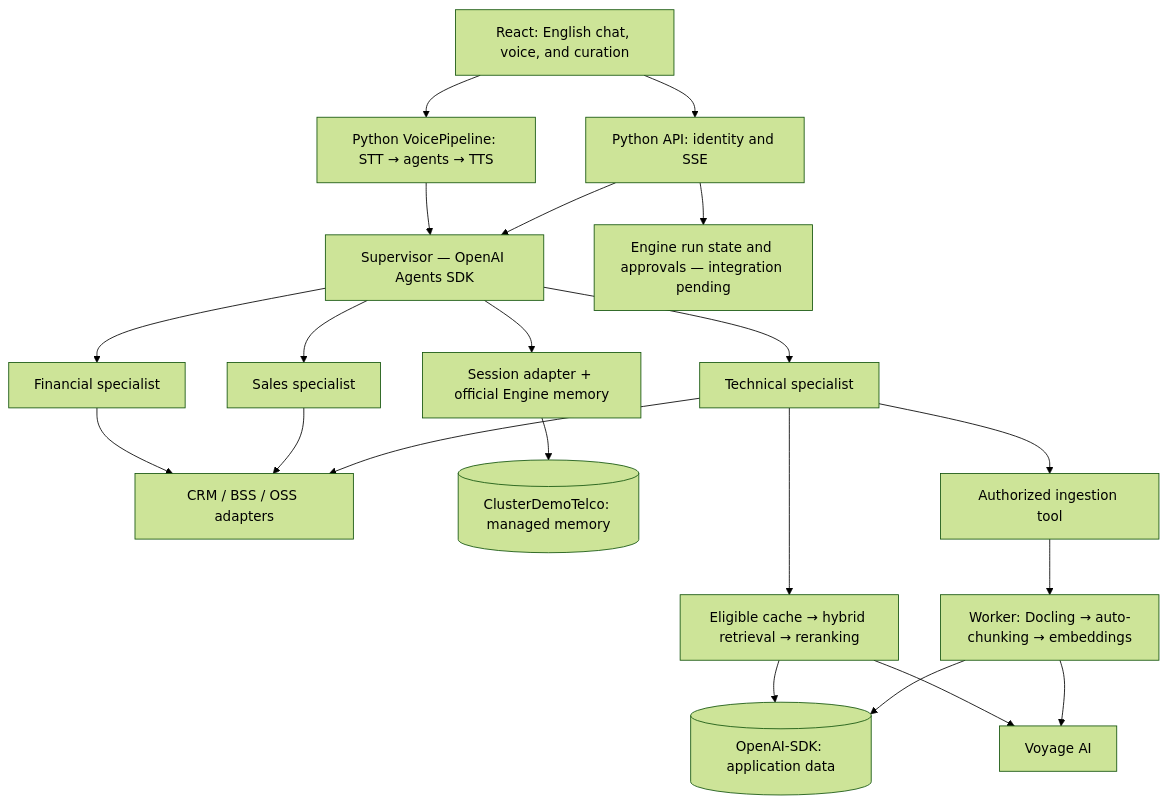
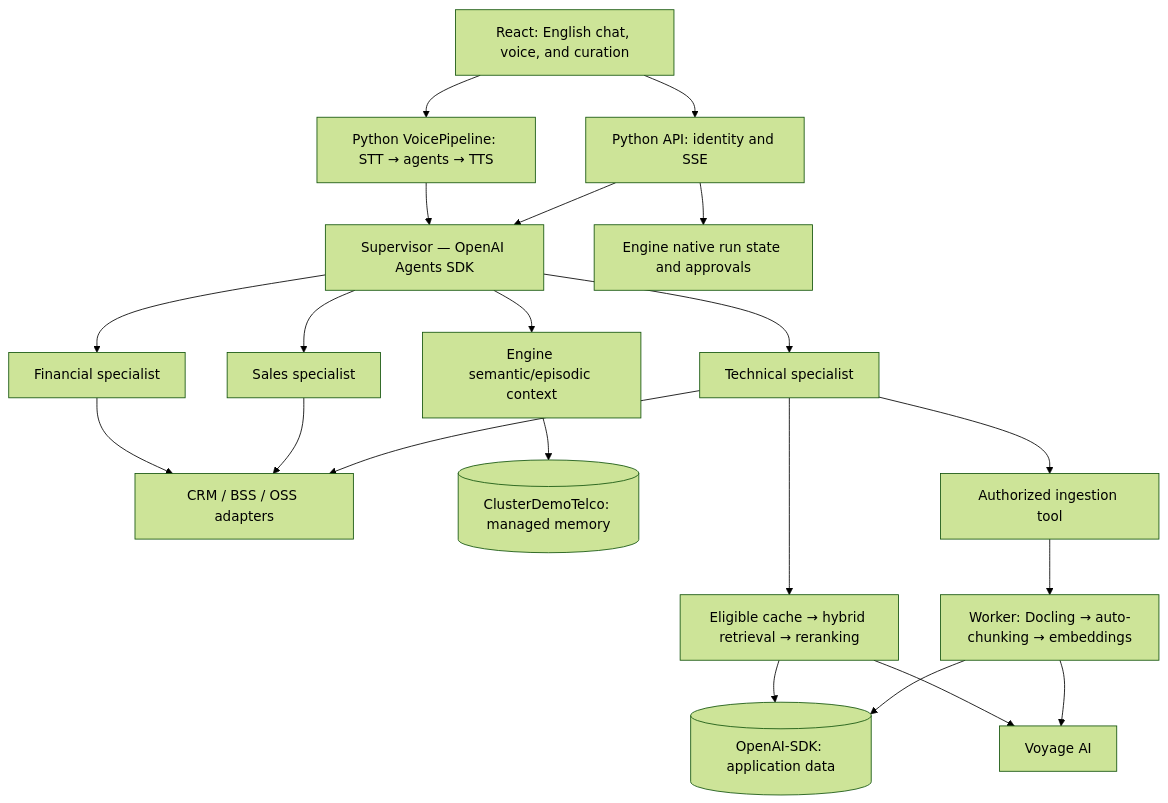
Before and after one commit to vagnerpontesbr/mdb_agents_using_openai_agents_sdk: the diagram in initial_plan.md, drawn with Mermaid (forest theme). The commit also changed other lines of this file and 21 other files, not shown here.

````diff
--- a/initial_plan.md
+++ b/initial_plan.md
@@ -37,23 +37,23 @@
 ```mermaid
 flowchart TD
     UI[React: English chat, voice, and curation] --> API[Python API: identity and SSE]
     UI --> VOICE[Python VoicePipeline: STT → agents → TTS]
     VOICE --> SUP
     API --> SUP[Supervisor — OpenAI Agents SDK]
     SUP --> FIN[Financial specialist]
     SUP --> TEC[Technical specialist]
     SUP --> SALES[Sales specialist]
     FIN --> BIZ[CRM / BSS / OSS adapters]
     SALES --> BIZ
     TEC --> BIZ
-    SUP --> MEM[Session adapter + official Engine memory]
+    SUP --> MEM[Engine semantic/episodic context]
     MEM --> MEMDB[(ClusterDemoTelco: managed memory)]
     TEC --> RAG[Eligible cache → hybrid retrieval → reranking]
     RAG --> DB[(OpenAI-SDK: application data)]
     RAG --> VOY[Voyage AI]
     TEC --> JOB[Authorized ingestion tool]
     JOB --> WORK[Worker: Docling → auto-chunking → embeddings]
     WORK --> VOY
     WORK --> DB
-    API --> STATE[Engine run state and approvals — integration pending]
+    API --> STATE[Engine native run state and approvals]
 ```
````
